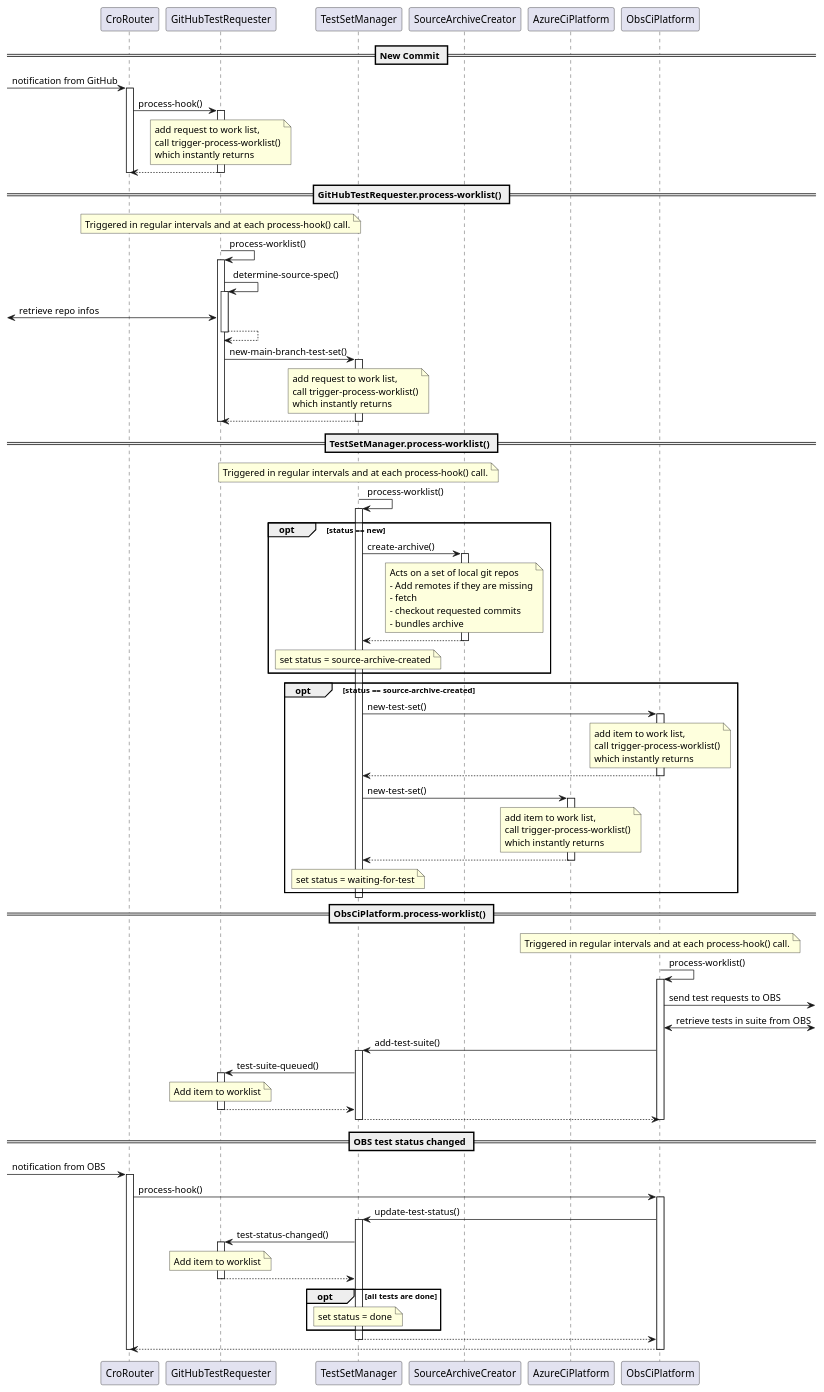
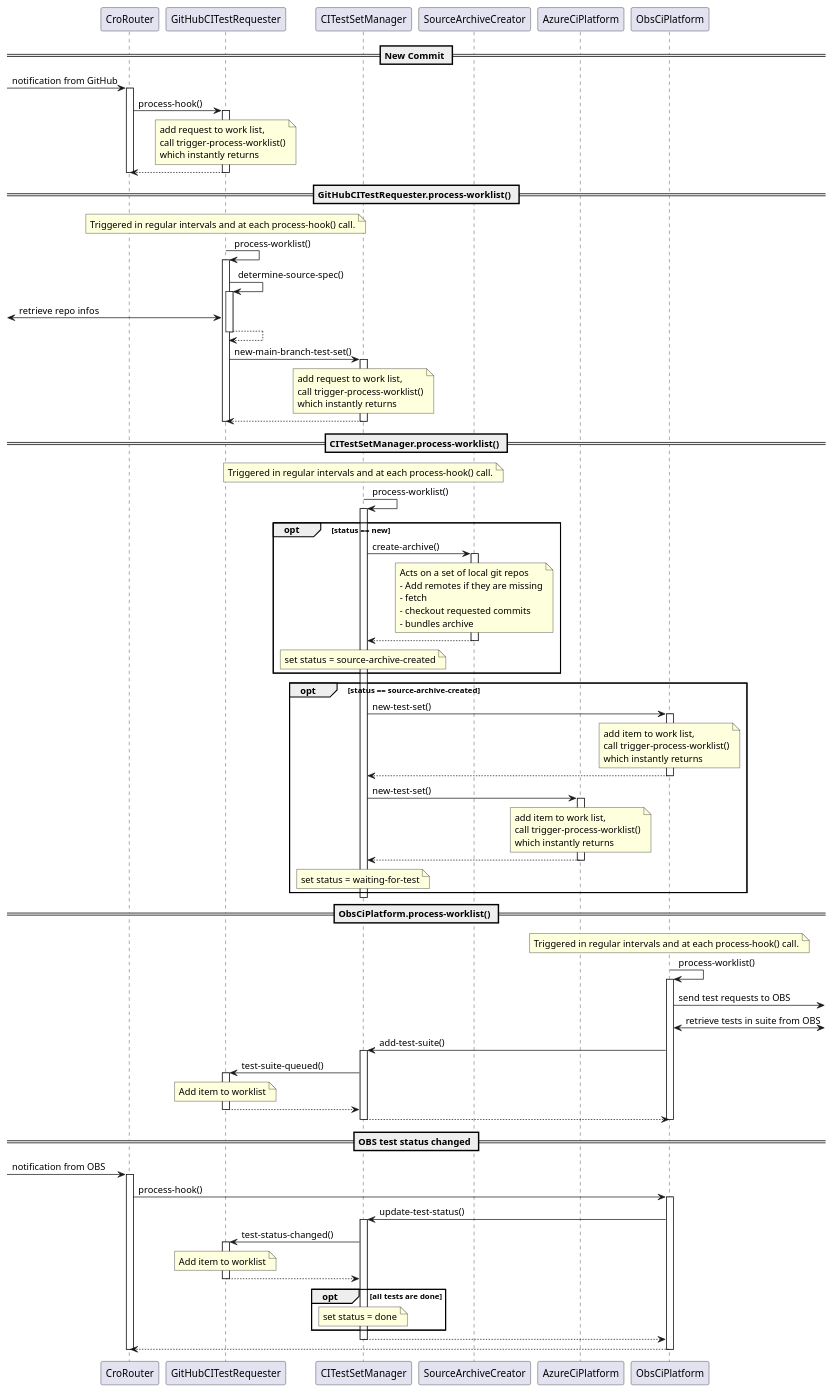
One commit to Raku/RakudoCIBot changed the diagram in docs/information-flow.puml. Above: the diagram before and after it, drawn with PlantUML. The commit also changed 9 other files, not shown here.

Commit message:
Add a bunch of stub classes and tests for the TestSetManager

```diff
--- a/docs/information-flow.puml
+++ b/docs/information-flow.puml
@@ -1,154 +1,154 @@
 @startuml
-participant CroRouter            As cr
-participant GitHubTestRequester  As gtr
-participant TestSetManager       As tsm
-participant SourceArchiveCreator As sac
-participant AzureCiPlatform      As acp
-participant ObsCiPlatform        As ocp
+participant CroRouter             As cr
+participant GitHubCITestRequester As gtr
+participant CITestSetManager      As tsm
+participant SourceArchiveCreator  As sac
+participant AzureCiPlatform       As acp
+participant ObsCiPlatform         As ocp
 
 == New Commit ==
 
 [-> cr: notification from GitHub
 activate cr
 
 cr -> gtr: process-hook()
 activate gtr
 
 note over gtr
     add request to work list,
     call trigger-process-worklist()
     which instantly returns
 end note
 
 return
 
 deactivate cr
 
-== GitHubTestRequester.process-worklist() ==
+== GitHubCITestRequester.process-worklist() ==
 
 note over gtr
 Triggered in regular intervals and at each process-hook() call.
 end note
 
 gtr -> gtr: process-worklist()
 activate gtr
 
 gtr -> gtr: determine-source-spec()
 activate gtr
 [<-> gtr: retrieve repo infos
 return
 
 gtr -> tsm: new-main-branch-test-set()
 activate tsm
 
 note over tsm
     add request to work list,
     call trigger-process-worklist()
     which instantly returns
 end note
 
 return
 
 
 deactivate gtr
 
-== TestSetManager.process-worklist() ==
+== CITestSetManager.process-worklist() ==
 
 note over tsm
     Triggered in regular intervals and at each process-hook() call.
 end note
 
 tsm -> tsm: process-worklist()
 activate tsm
 
 opt status == new
     tsm -> sac: create-archive()
     activate sac
         note over sac
             Acts on a set of local git repos
             - Add remotes if they are missing
             - fetch
             - checkout requested commits
             - bundles archive
         end note
     return
     note over tsm: set status = source-archive-created
 end
 opt status == source-archive-created
 
     tsm -> ocp: new-test-set()
     activate ocp
         note over ocp
             add item to work list,
             call trigger-process-worklist()
             which instantly returns
         end note
     return
 
     tsm -> acp: new-test-set()
     activate acp
         note over acp
             add item to work list,
             call trigger-process-worklist()
             which instantly returns
         end note
     return
 
     note over tsm: set status = waiting-for-test
 
 end
 
 deactivate tsm
 
 == ObsCiPlatform.process-worklist() ==
 
 note over ocp
 Triggered in regular intervals and at each process-hook() call.
 end note
 
 ocp -> ocp: process-worklist()
 activate ocp
 
 ]<- ocp: send test requests to OBS
 
 ]<-> ocp: retrieve tests in suite from OBS
 
 ocp -> tsm: add-test-suite()
 activate tsm
 
 tsm -> gtr: test-suite-queued()
 activate gtr
 note over gtr: Add item to worklist
 return
 
 return
 
 deactivate ocp
 
 == OBS test status changed ==
 
 [-> cr: notification from OBS
 activate cr
 
     cr -> ocp: process-hook()
     activate ocp
 
         ocp -> tsm: update-test-status()
         activate tsm
 
             tsm -> gtr: test-status-changed()
             activate gtr
                 note over gtr: Add item to worklist
             return
             
             opt all tests are done
                 note over tsm: set status = done
             end
 
         return
 
     return
 
 deactivate cr
 
 @enduml
```
